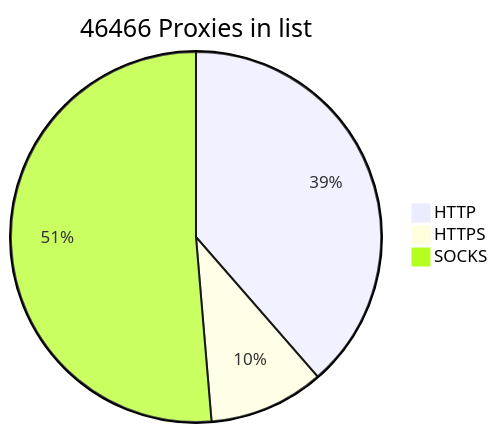
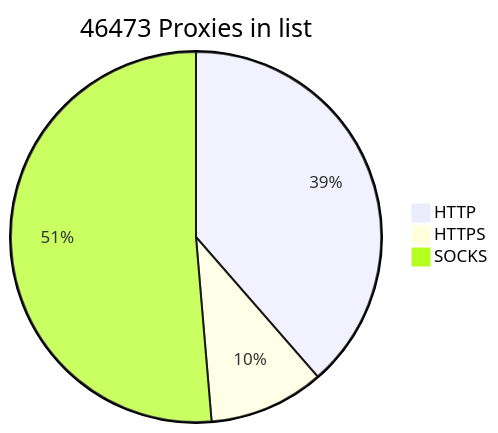
The diagram in README.md (BlackSnowDot/proxylist-update-every-minute), drawn with Mermaid before and after one commit.

````diff
--- a/README.md
+++ b/README.md
@@ -2,6 +2,6 @@
 ```mermaid
-pie title 46466 Proxies in list
-    "HTTP" : 19666
+pie title 46473 Proxies in list
+    "HTTP" : 19667
     "HTTPS": 5130
-    "SOCKS" : 26162
+    "SOCKS" : 26168
 ```
````
